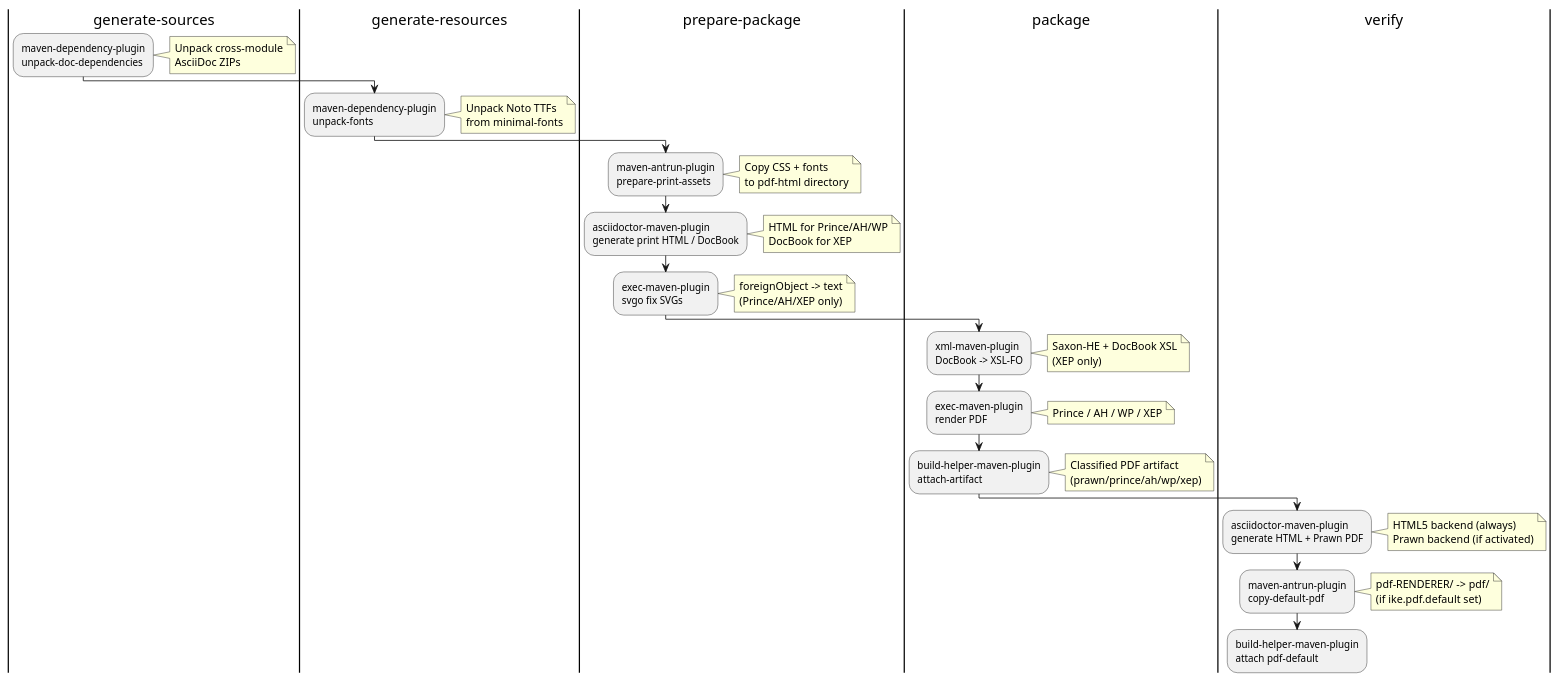
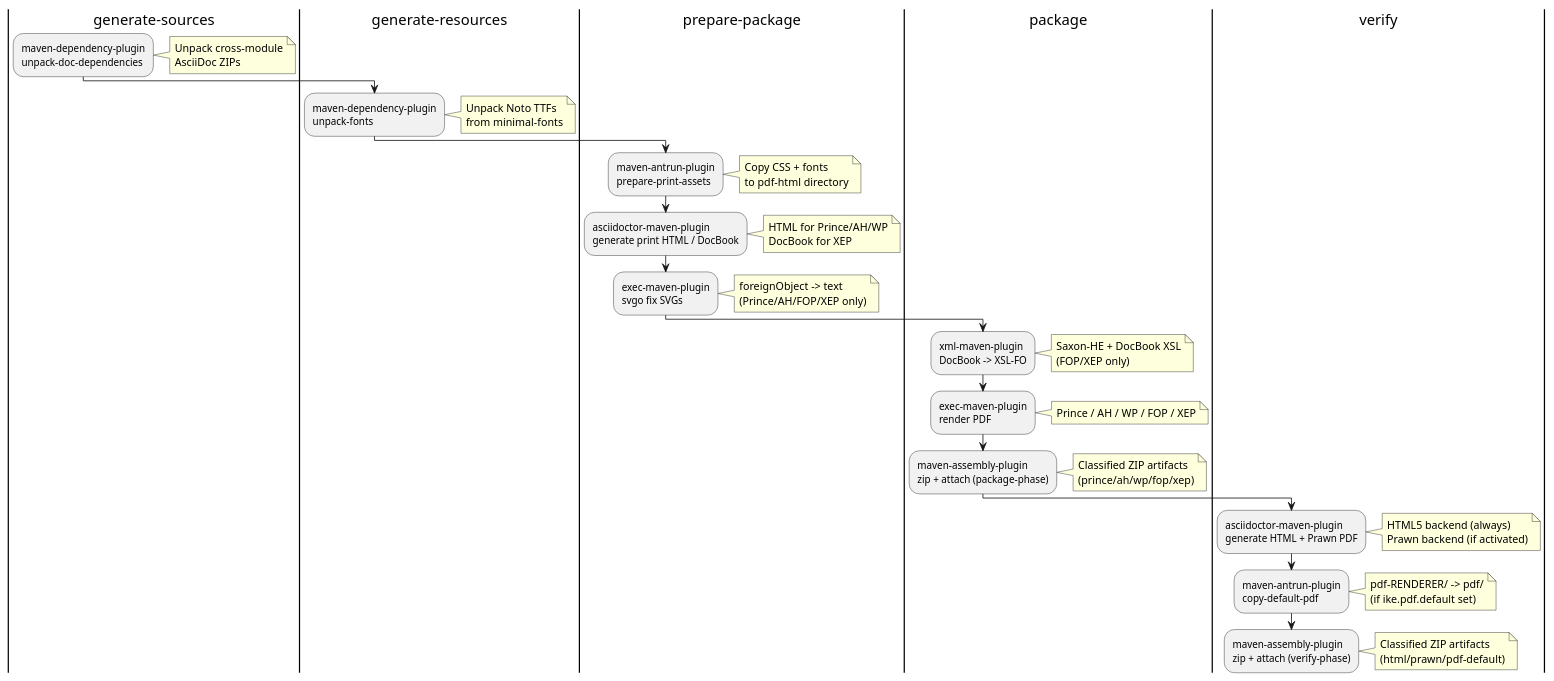
Before and after one commit to IKE-Network/ike-pipeline: the diagram in documentation-parent/src/docs/asciidoc/chapters/build-profiles.adoc, drawn with PlantUML. The commit also changed other lines of this file and 26 other files, not shown here.

First line of the commit message:
feat: add Apache FOP PDF renderer and ZIP artifact packaging

```diff
--- a/documentation-parent/src/docs/asciidoc/chapters/build-profiles.adoc
+++ b/documentation-parent/src/docs/asciidoc/chapters/build-profiles.adoc
@@ -126,52 +147,53 @@
 [plantuml]
 ....
 @startuml
 |generate-sources|
 :maven-dependency-plugin
 unpack-doc-dependencies;
 note right: Unpack cross-module\nAsciiDoc ZIPs
 
 |generate-resources|
 :maven-dependency-plugin
 unpack-fonts;
 note right: Unpack Noto TTFs\nfrom minimal-fonts
 
 |prepare-package|
 :maven-antrun-plugin
 prepare-print-assets;
 note right: Copy CSS + fonts\nto pdf-html directory
 
 :asciidoctor-maven-plugin
 generate print HTML / DocBook;
 note right: HTML for Prince/AH/WP\nDocBook for XEP
 
 :exec-maven-plugin
 svgo fix SVGs;
-note right: foreignObject -> text\n(Prince/AH/XEP only)
+note right: foreignObject -> text\n(Prince/AH/FOP/XEP only)
 
 |package|
 :xml-maven-plugin
 DocBook -> XSL-FO;
-note right: Saxon-HE + DocBook XSL\n(XEP only)
+note right: Saxon-HE + DocBook XSL\n(FOP/XEP only)
 
 :exec-maven-plugin
 render PDF;
-note right: Prince / AH / WP / XEP
+note right: Prince / AH / WP / FOP / XEP
 
-:build-helper-maven-plugin
-attach-artifact;
-note right: Classified PDF artifact\n(prawn/prince/ah/wp/xep)
+:maven-assembly-plugin
+zip + attach (package-phase);
+note right: Classified ZIP artifacts\n(prince/ah/wp/fop/xep)
 
 |verify|
 :asciidoctor-maven-plugin
 generate HTML + Prawn PDF;
 note right: HTML5 backend (always)\nPrawn backend (if activated)
 
 :maven-antrun-plugin
 copy-default-pdf;
 note right: pdf-RENDERER/ -> pdf/\n(if ike.pdf.default set)
 
-:build-helper-maven-plugin
-attach pdf-default;
+:maven-assembly-plugin
+zip + attach (verify-phase);
+note right: Classified ZIP artifacts\n(html/prawn/pdf-default)
 @enduml
 ....
```
